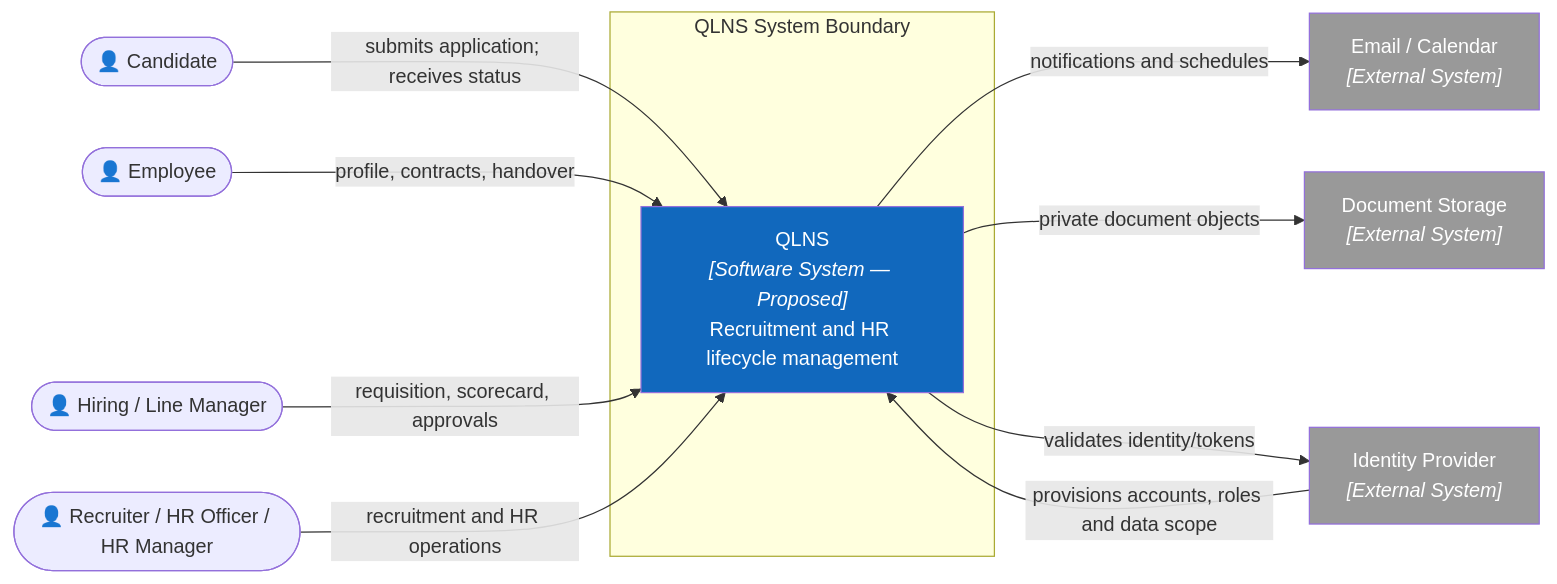
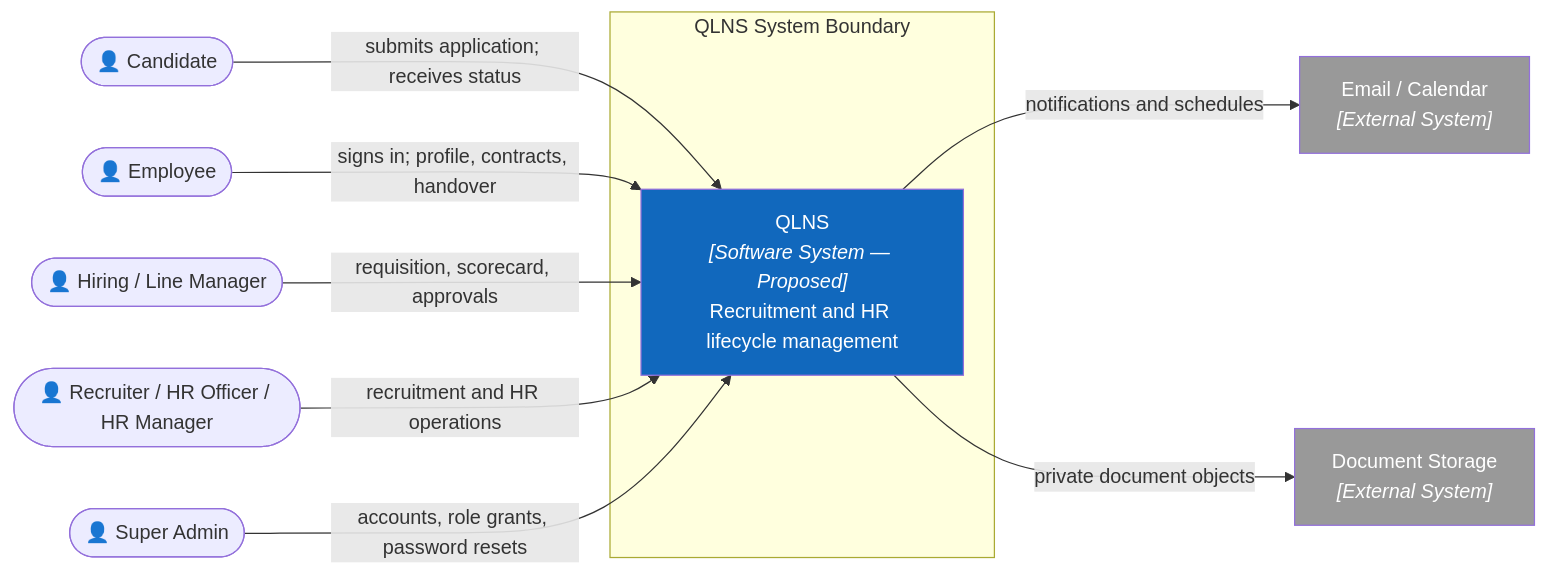
One commit to nvdat16/QLNS changed the first of 12 diagrams in docs/architecture.md. Above: the diagram before and after it, drawn with Mermaid. The commit also changed other lines of this file and 14 other files, not shown here.

````diff
--- a/docs/architecture.md
+++ b/docs/architecture.md
@@ -64,29 +64,27 @@
 ```mermaid
 flowchart LR
     candidate(["👤 Candidate"])
     employee(["👤 Employee"])
     manager(["👤 Hiring / Line Manager"])
     hr(["👤 Recruiter / HR Officer / HR Manager"])
+    admin(["👤 Super Admin"])
 
     subgraph boundary["QLNS System Boundary"]
         qlns["QLNS<br/><i>[Software System — Proposed]</i><br/>Recruitment and HR lifecycle management"]
     end
 
     comms["Email / Calendar<br/><i>[External System]</i>"]
     storage["Document Storage<br/><i>[External System]</i>"]
-    idp["Identity Provider<br/><i>[External System]</i>"]
 
     candidate -- "submits application; receives status" --> qlns
-    employee -- "profile, contracts, handover" --> qlns
+    employee -- "signs in; profile, contracts, handover" --> qlns
     manager -- "requisition, scorecard, approvals" --> qlns
     hr -- "recruitment and HR operations" --> qlns
+    admin -- "accounts, role grants, password resets" --> qlns
     qlns -- "notifications and schedules" --> comms
     qlns -- "private document objects" --> storage
-    qlns -- "validates identity/tokens" --> idp
-    idp -- "provisions accounts, roles and data scope" --> qlns
 
     style qlns fill:#1168bd,color:#fff
     style comms fill:#999,color:#fff
     style storage fill:#999,color:#fff
-    style idp fill:#999,color:#fff
 ```
````
